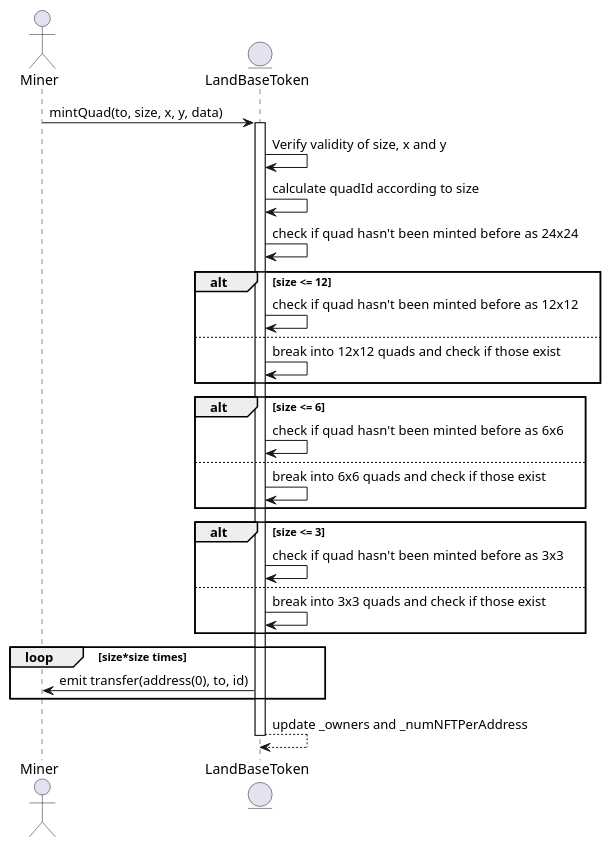
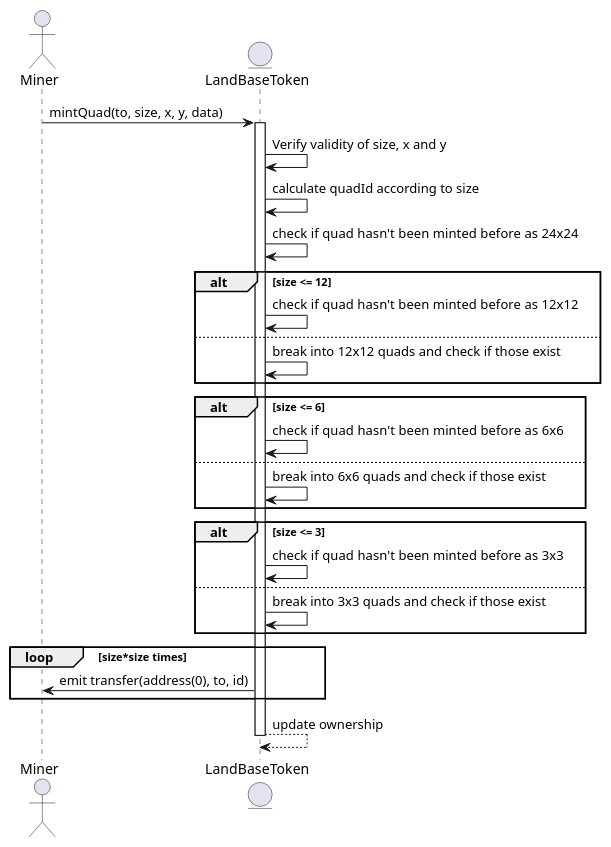
The second of 4 diagrams in docs/topics/land/land.md (thesandboxgame/sandbox-smart-contracts), drawn with PlantUML before and after one commit. The commit also changed other lines of this file, not shown here.

````diff
--- a/docs/topics/land/land.md
+++ b/docs/topics/land/land.md
@@ -272,40 +266,40 @@
 ```plantuml
 
 actor Miner
 entity LandBaseToken
 
 Miner -> LandBaseToken: mintQuad(to, size, x, y, data)
 
 
 activate LandBaseToken
 LandBaseToken -> LandBaseToken: Verify validity of size, x and y
 
 LandBaseToken -> LandBaseToken: calculate quadId according to size
 LandBaseToken -> LandBaseToken: check  if quad hasn't been minted before as 24x24
 
 alt size <= 12
 LandBaseToken -> LandBaseToken: check  if quad hasn't been minted before as 12x12
 else
 LandBaseToken -> LandBaseToken: break into 12x12 quads and check if those exist
 end
 
 alt size <= 6
 LandBaseToken -> LandBaseToken: check  if quad hasn't been minted before as 6x6
 else
 LandBaseToken -> LandBaseToken: break into 6x6 quads and check if those exist
 end
 
 alt size <= 3
 LandBaseToken -> LandBaseToken: check  if quad hasn't been minted before as 3x3
 else
 LandBaseToken -> LandBaseToken: break into 3x3 quads and check if those exist
 end
 
 loop size*size times
     LandBaseToken -> Miner: emit transfer(address(0), to, id)
 end
 
-LandBaseToken --> LandBaseToken: update _owners and _numNFTPerAddress
+LandBaseToken --> LandBaseToken: update ownership
 deactivate LandBaseToken
 
 ```
````
